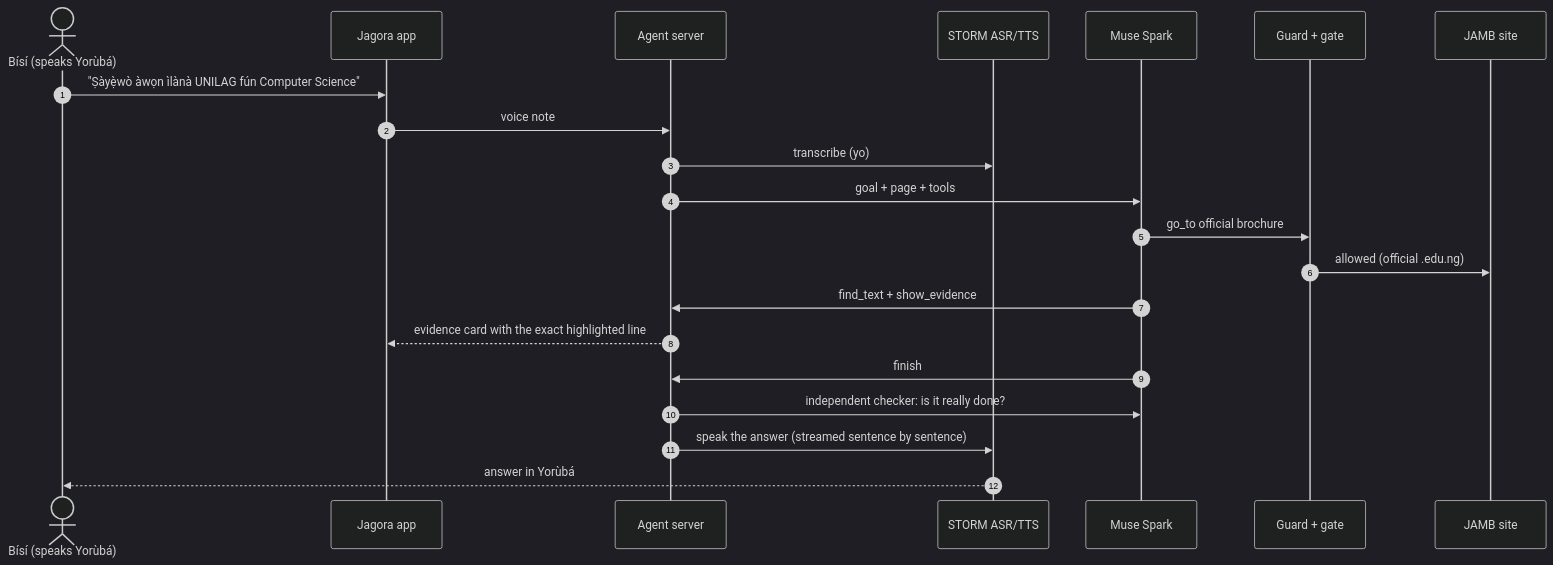
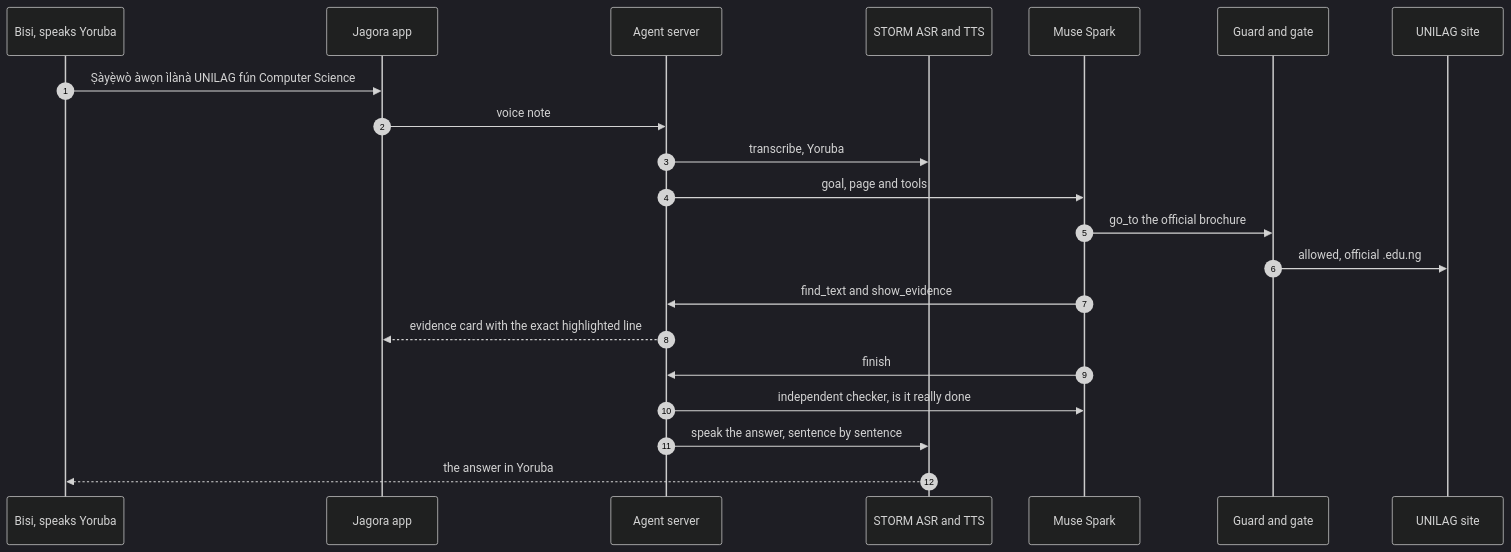
Before and after one commit to Ememzyvisuals/Jagora: the third of 3 diagrams in README.md, drawn with Mermaid (dark theme). The commit also changed other lines of this file, not shown here.

Commit message:
README: diagrams that render in every GitHub app, no emoji, server data measurements

````diff
--- a/README.md
+++ b/README.md
@@ -318,24 +318,23 @@
 ```mermaid
 sequenceDiagram
     autonumber
-    actor Bisi as Bísí (speaks Yorùbá)
+    participant Bisi as Bisi, speaks Yoruba
     participant App as Jagora app
     participant Srv as Agent server
-    participant STORM as STORM ASR/TTS
+    participant STORM as STORM ASR and TTS
     participant Spark as Muse Spark
-    participant Guard as Guard + gate
-    participant Web as JAMB site
-
-    Bisi->>App: "Ṣàyẹ̀wò àwọn ìlànà UNILAG fún Computer Science"
+    participant Guard as Guard and gate
+    participant Web as UNILAG site
+    Bisi->>App: Ṣàyẹ̀wò àwọn ìlànà UNILAG fún Computer Science
     App->>Srv: voice note
-    Srv->>STORM: transcribe (yo)
-    Srv->>Spark: goal + page + tools
-    Spark->>Guard: go_to official brochure
-    Guard->>Web: allowed (official .edu.ng)
-    Spark->>Srv: find_text + show_evidence
+    Srv->>STORM: transcribe, Yoruba
+    Srv->>Spark: goal, page and tools
+    Spark->>Guard: go_to the official brochure
+    Guard->>Web: allowed, official .edu.ng
+    Spark->>Srv: find_text and show_evidence
     Srv-->>App: evidence card with the exact highlighted line
     Spark->>Srv: finish
-    Srv->>Spark: independent checker: is it really done?
-    Srv->>STORM: speak the answer (streamed sentence by sentence)
-    STORM-->>Bisi: answer in Yorùbá
+    Srv->>Spark: independent checker, is it really done
+    Srv->>STORM: speak the answer, sentence by sentence
+    STORM-->>Bisi: the answer in Yoruba
 ```
````
